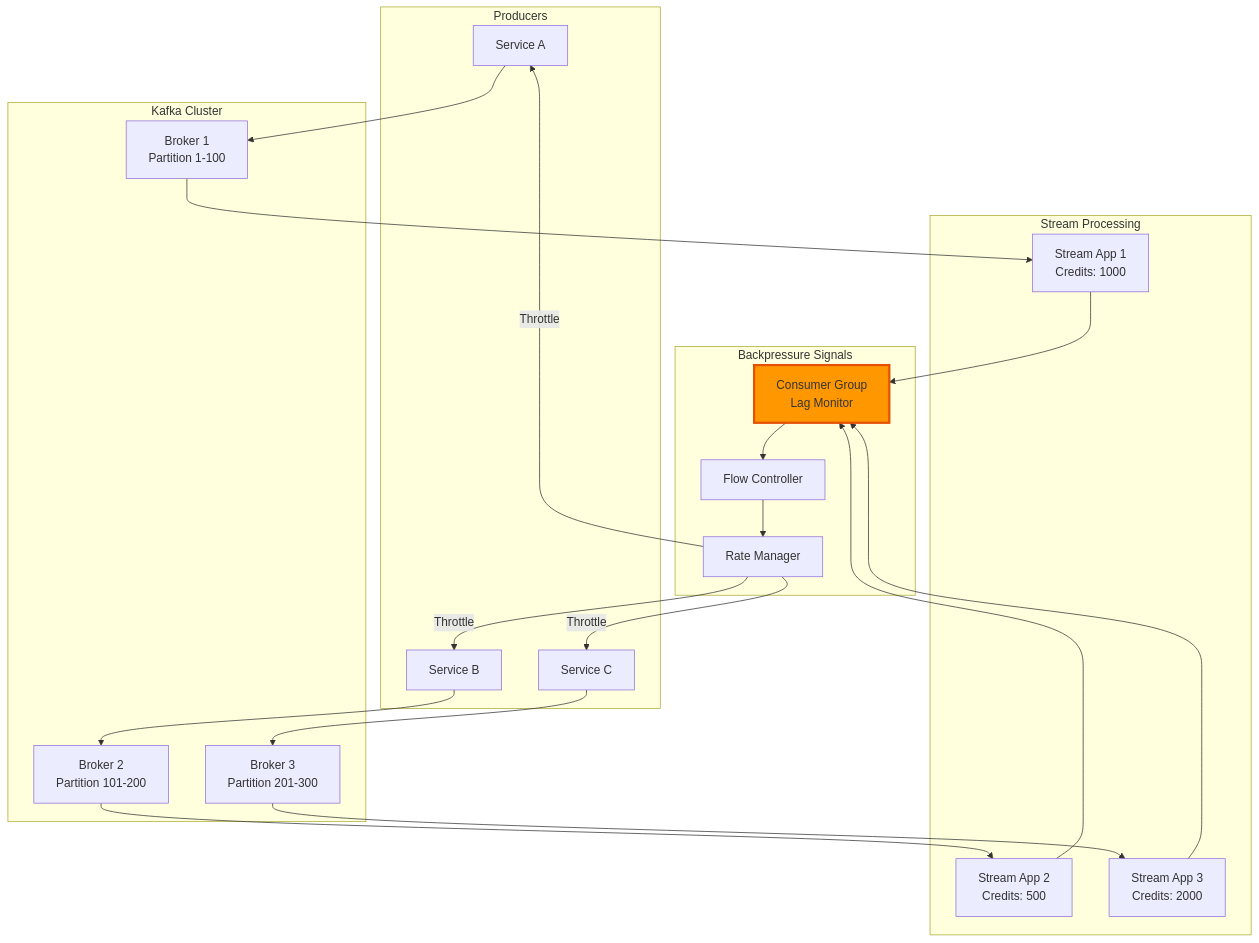
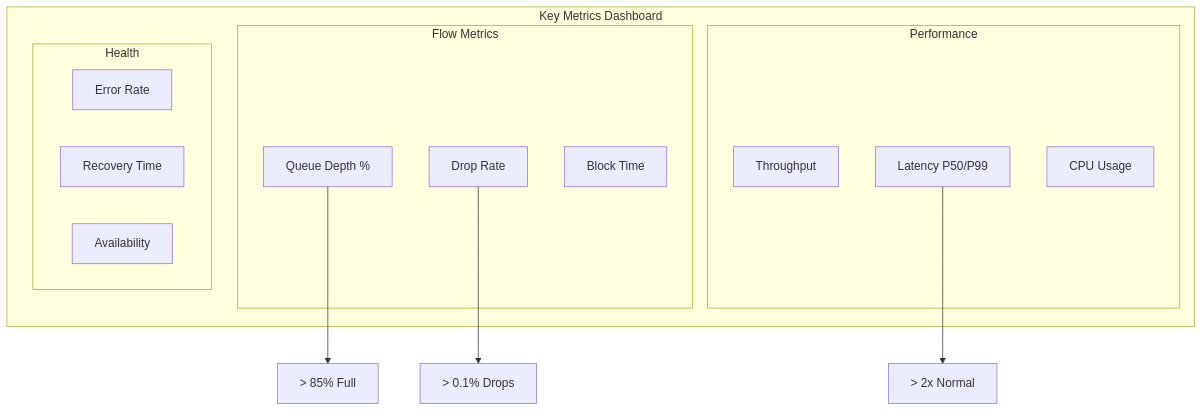
Before and after one commit to deepaucksharma/DStudio: the seventh of 9 diagrams in docs/pattern-library/scaling/backpressure.md, drawn with Mermaid. The commit also changed other lines of this file and 12 other files, not shown here.

````diff
--- a/docs/pattern-library/scaling/backpressure.md
+++ b/docs/pattern-library/scaling/backpressure.md
@@ -754,45 +293,26 @@
- ```mermaid
- graph TB
- subgraph "Producers"
- P1[Service A]
- P2[Service B]
- P3[Service C]
- end
- subgraph "Kafka Cluster"
- K1[Broker 1
- Partition 1-100]
- K2[Broker 2
- Partition 101-200]
- K3[Broker 3
- Partition 201-300]
- end
- subgraph "Stream Processing"
- SP1[Stream App 1
- Credits: 1000]
- SP2[Stream App 2
- Credits: 500]
- SP3[Stream App 3
- Credits: 2000]
- end
- subgraph "Backpressure Signals"
- CG[Consumer Group
- Lag Monitor]
- FC[Flow Controller]
- RM[Rate Manager]
- end
- P1 --> K1
- P2 --> K2
- P3 --> K3
- K1 --> SP1
- K2 --> SP2
- K3 --> SP3
- SP1 --> CG
- SP2 --> CG
- SP3 --> CG
- CG --> FC
- FC --> RM
- RM -->|Throttle| P1
- RM -->|Throttle| P2
- RM -->|Throttle| P3
- style CG fill:#ff9800,stroke:#e65100,stroke-width:3px
- ```
+```mermaid
+graph TB
+    subgraph "Key Metrics Dashboard"
+        subgraph "Flow Metrics"
+            QD[Queue Depth %]
+            DR[Drop Rate]
+            BT[Block Time]
+        end
+        
+        subgraph "Performance"
+            TH[Throughput]
+            LAT[Latency P50/P99]
+            CPU[CPU Usage]
+        end
+        
+        subgraph "Health"
+            ERR[Error Rate]
+            REC[Recovery Time]
+            AV[Availability]
+        end
+    end
+    
+    QD --> Alert1["> 85% Full"]
+    DR --> Alert2["> 0.1% Drops"]
+    LAT --> Alert3["> 2x Normal"]
+```
````
